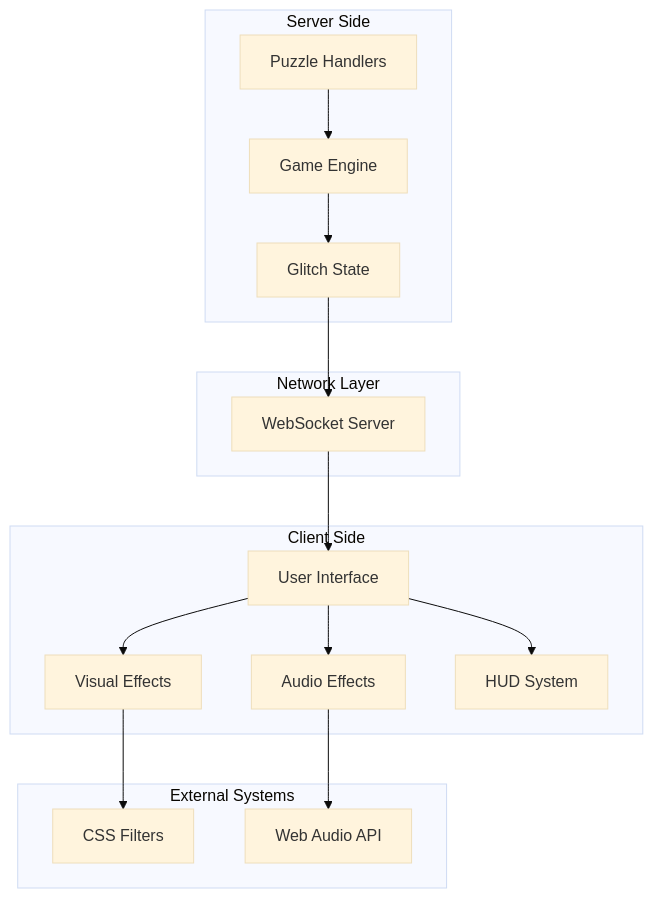
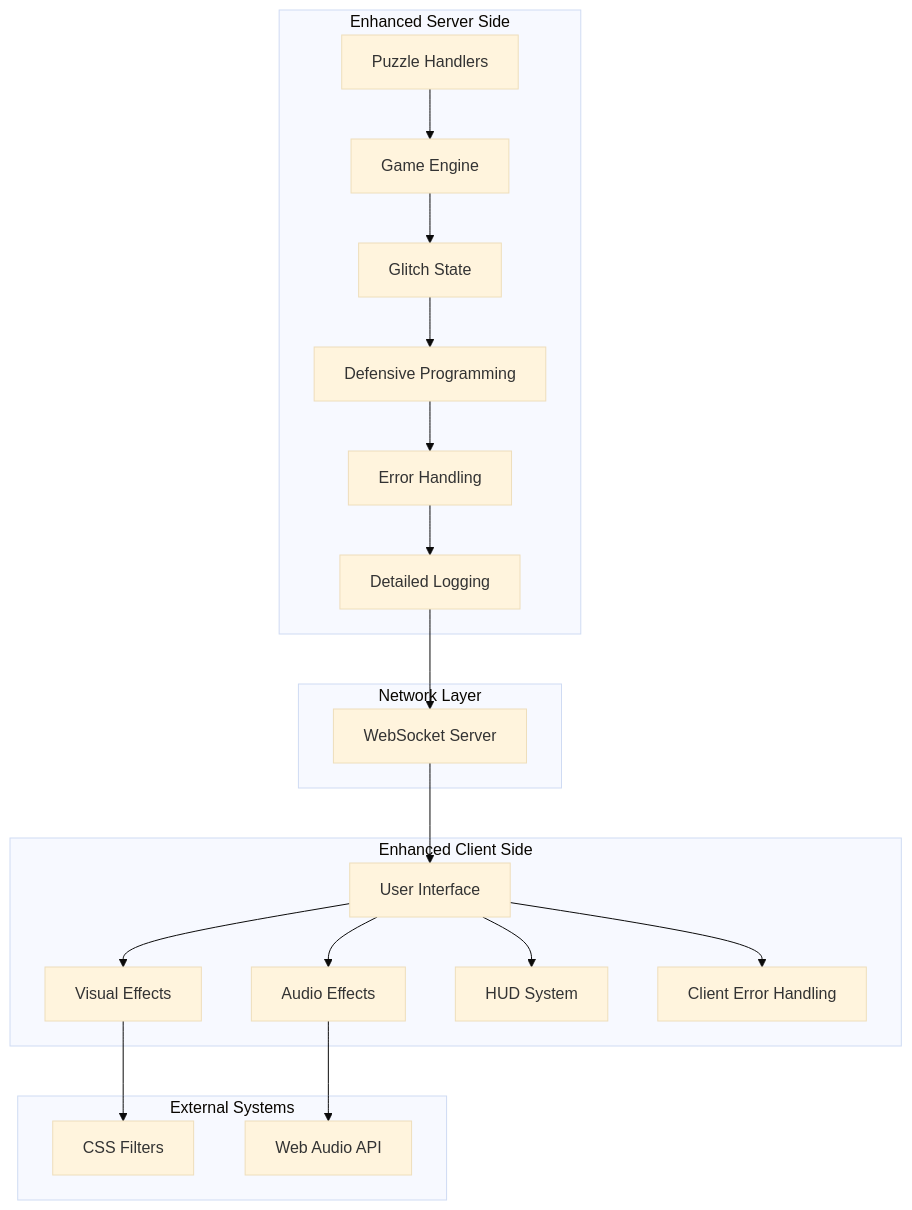
One commit to dkoukoul/escape-room-mvp changed the first of 10 diagrams in .qoder/repowiki/en/content/Game Mechanics/Glitch Meter System.md. Above: the diagram before and after it, drawn with Mermaid (base theme). The commit also changed other lines of this file and 21 other files, not shown here.

````diff
--- a/.qoder/repowiki/en/content/Game Mechanics/Glitch Meter System.md
+++ b/.qoder/repowiki/en/content/Game Mechanics/Glitch Meter System.md
@@ -42,30 +51,38 @@
 ```mermaid
 graph TB
-subgraph "Server Side"
+subgraph "Enhanced Server Side"
 GE[Game Engine]
 PE[Puzzle Handlers]
 GS[Glitch State]
+DEF[Defensive Programming]
+ERR[Error Handling]
+LOG[Detailed Logging]
 end
 subgraph "Network Layer"
 WS[WebSocket Server]
 end
-subgraph "Client Side"
+subgraph "Enhanced Client Side"
 UI[User Interface]
 VF[Visual Effects]
 AF[Audio Effects]
 HUD[HUD System]
+ERR2[Client Error Handling]
 end
 subgraph "External Systems"
 CSS[CSS Filters]
 AUDIO[Web Audio API]
 end
 PE --> GE
 GE --> GS
-GS --> WS
+GS --> DEF
+DEF --> ERR
+ERR --> LOG
+LOG --> WS
 WS --> UI
 UI --> VF
 UI --> AF
 VF --> CSS
 AF --> AUDIO
 UI --> HUD
+UI --> ERR2
 ```
````
